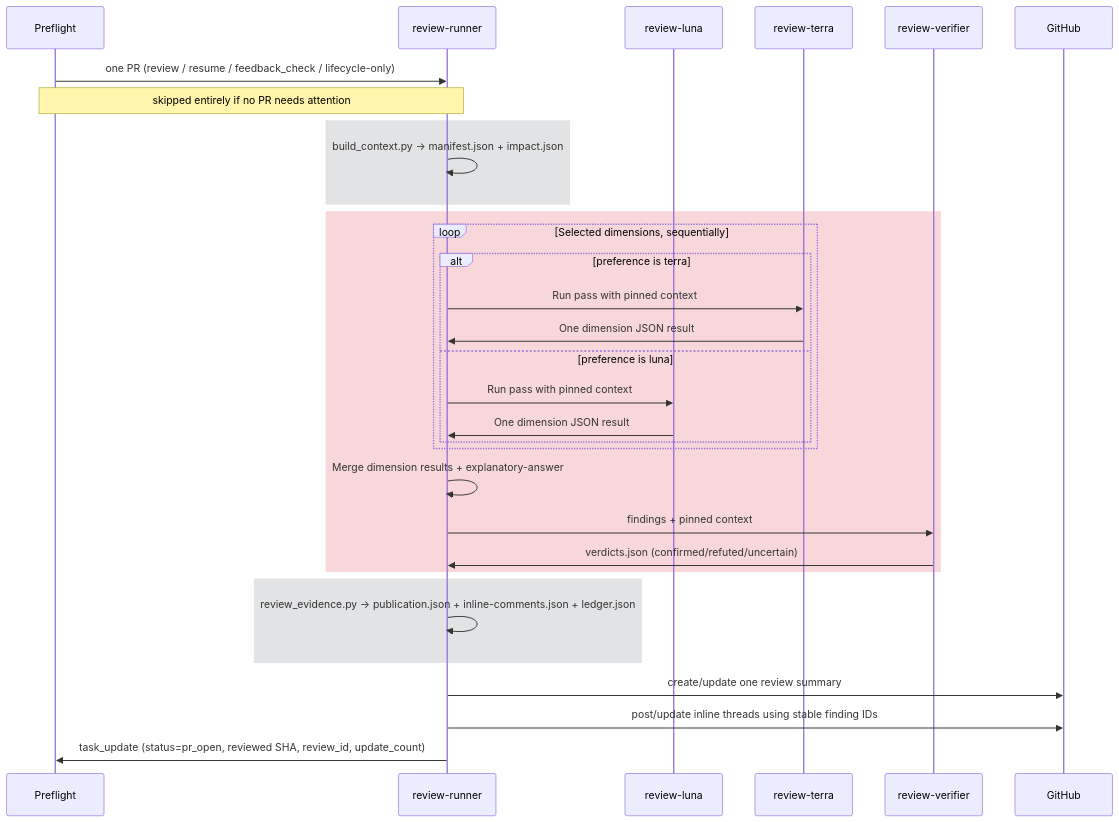
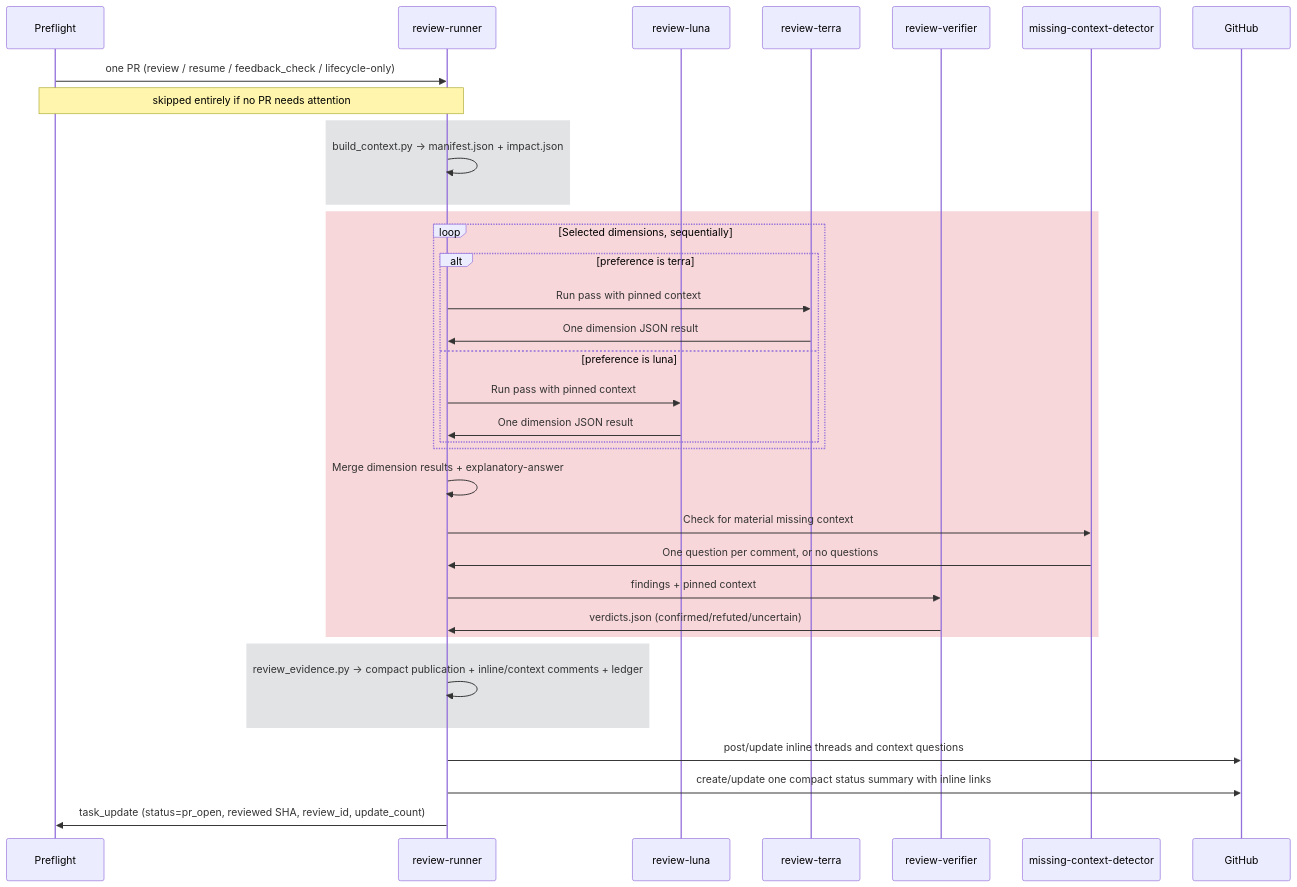
Before and after one commit to RedHatInsights/fabric-access-ai-dev: the fourth of 4 diagrams in instance/rbac-config-review/agent/workflows/review-only/WORKFLOW.md, drawn with Mermaid. The commit also changed other lines of this file and 16 other files, not shown here.

First line of the commit message:
feat(review-bot): add context Q&A comments

````diff
--- a/instance/rbac-config-review/agent/workflows/review-only/WORKFLOW.md
+++ b/instance/rbac-config-review/agent/workflows/review-only/WORKFLOW.md
@@ -259,35 +268,38 @@
 ```mermaid
 sequenceDiagram
     participant Q as Preflight
     participant R as review-runner
     participant L as review-luna
     participant T as review-terra
     participant V as review-verifier
+    participant M as missing-context-detector
     participant GH as GitHub
 
     Q->>R: one PR (review / resume / feedback_check / lifecycle-only)
     Note over Q,R: skipped entirely if no PR needs attention
     rect rgb(226, 227, 229)
         R->>R: build_context.py → manifest.json + impact.json
     end
     rect rgb(248, 215, 218)
         loop Selected dimensions, sequentially
             alt preference is terra
                 R->>T: Run pass with pinned context
                 T->>R: One dimension JSON result
             else preference is luna
                 R->>L: Run pass with pinned context
                 L->>R: One dimension JSON result
             end
         end
         R->>R: Merge dimension results + explanatory-answer
+        R->>M: Check for material missing context
+        M->>R: One question per comment, or no questions
         R->>V: findings + pinned context
         V->>R: verdicts.json (confirmed/refuted/uncertain)
     end
     rect rgb(226, 227, 229)
-        R->>R: review_evidence.py → publication.json + inline-comments.json + ledger.json
+        R->>R: review_evidence.py → compact publication + inline/context comments + ledger
     end
-    R->>GH: create/update one review summary
-    R->>GH: post/update inline threads using stable finding IDs
+    R->>GH: post/update inline threads and context questions
+    R->>GH: create/update one compact status summary with inline links
     R->>Q: task_update (status=pr_open, reviewed SHA, review_id, update_count)
 ```
````
